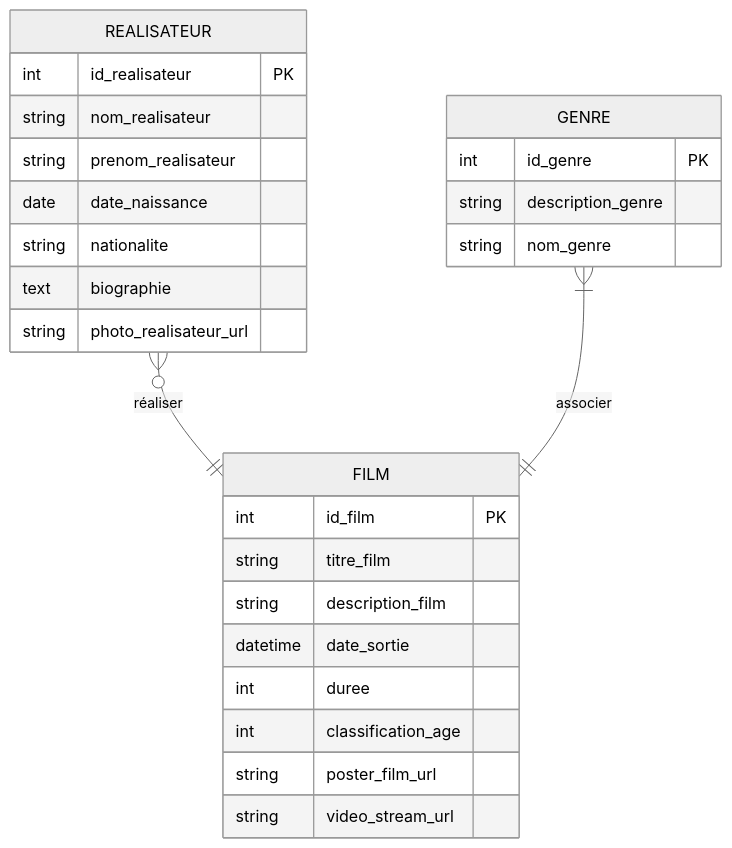
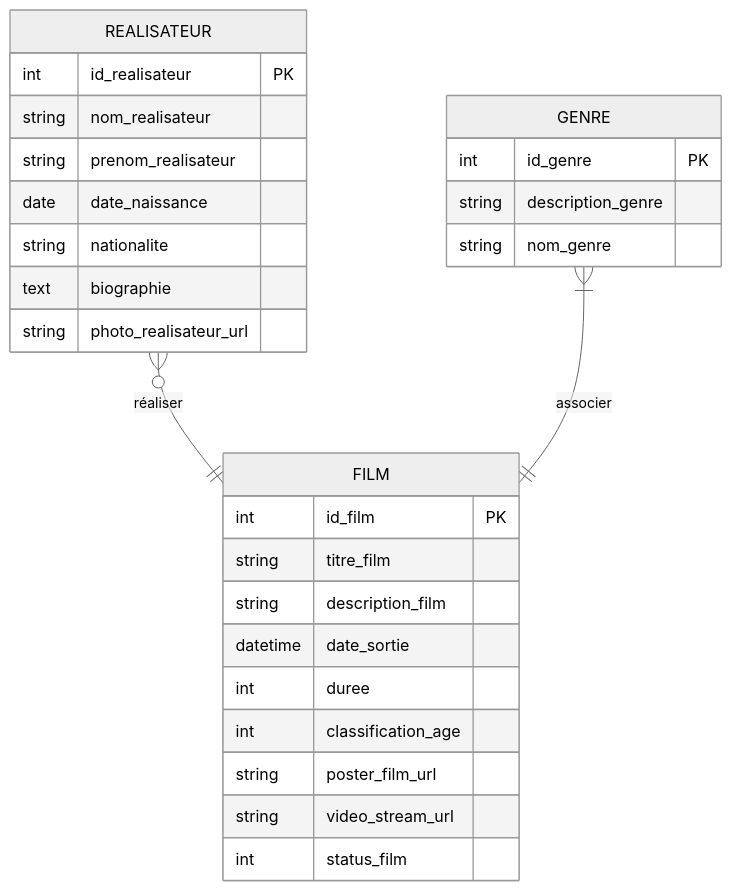
Before and after one commit to MESBAHI-Nour/projet-technique: the diagram in prototype/conception/mcd.mmd, drawn with Mermaid. The commit also changed 3 other files, not shown here.

```diff
--- a/prototype/conception/mcd.mmd
+++ b/prototype/conception/mcd.mmd
@@ -1,36 +1,37 @@
 ---
 config:
   theme: neutral
 ---
 erDiagram
     direction TB
 
     REALISATEUR {
         int id_realisateur PK
         string nom_realisateur
         string prenom_realisateur
         date date_naissance
         string nationalite
         text biographie
         string photo_realisateur_url
     }
 
     FILM {
         int id_film PK
         string titre_film
         string description_film
         datetime date_sortie
         int duree
         int classification_age
         string poster_film_url
         string video_stream_url
+        int status_film
     }
 
     GENRE {
         int id_genre PK
         string description_genre
         string nom_genre
     }
 
     REALISATEUR o{--|| FILM : "réaliser"
     GENRE |{--|| FILM : "associer"
```
